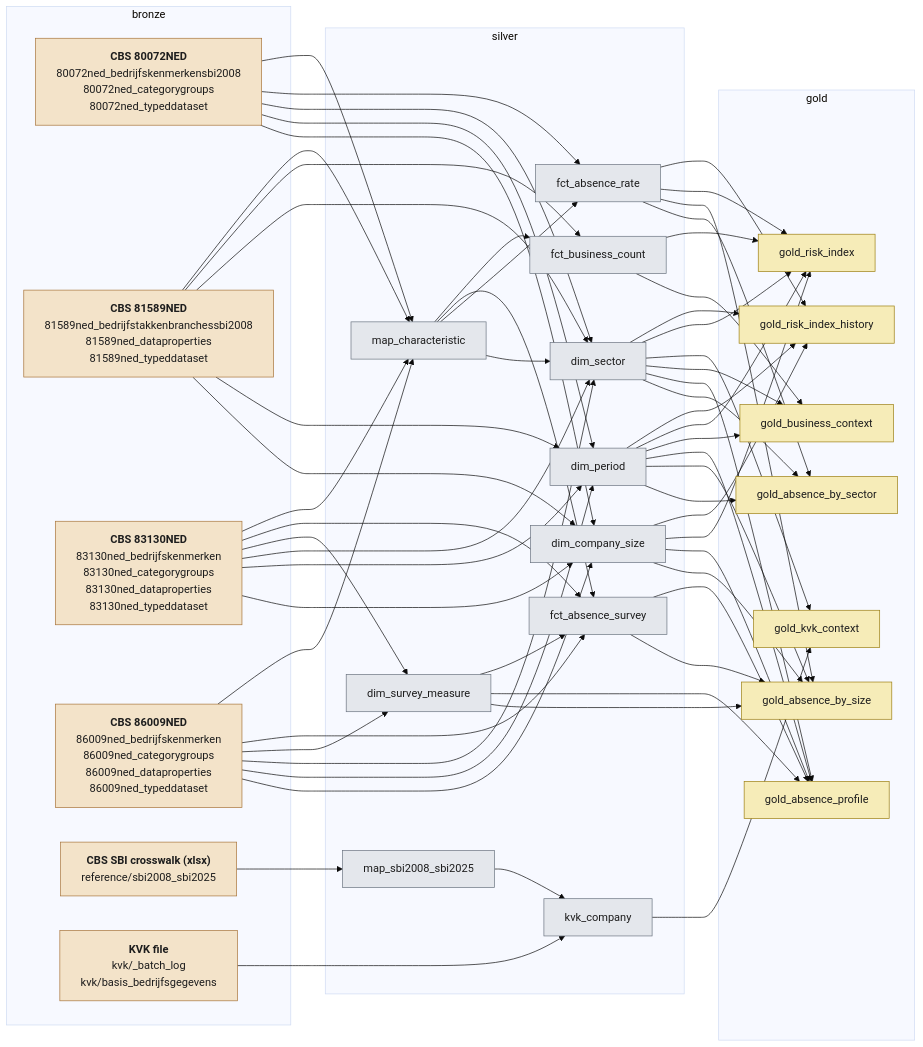
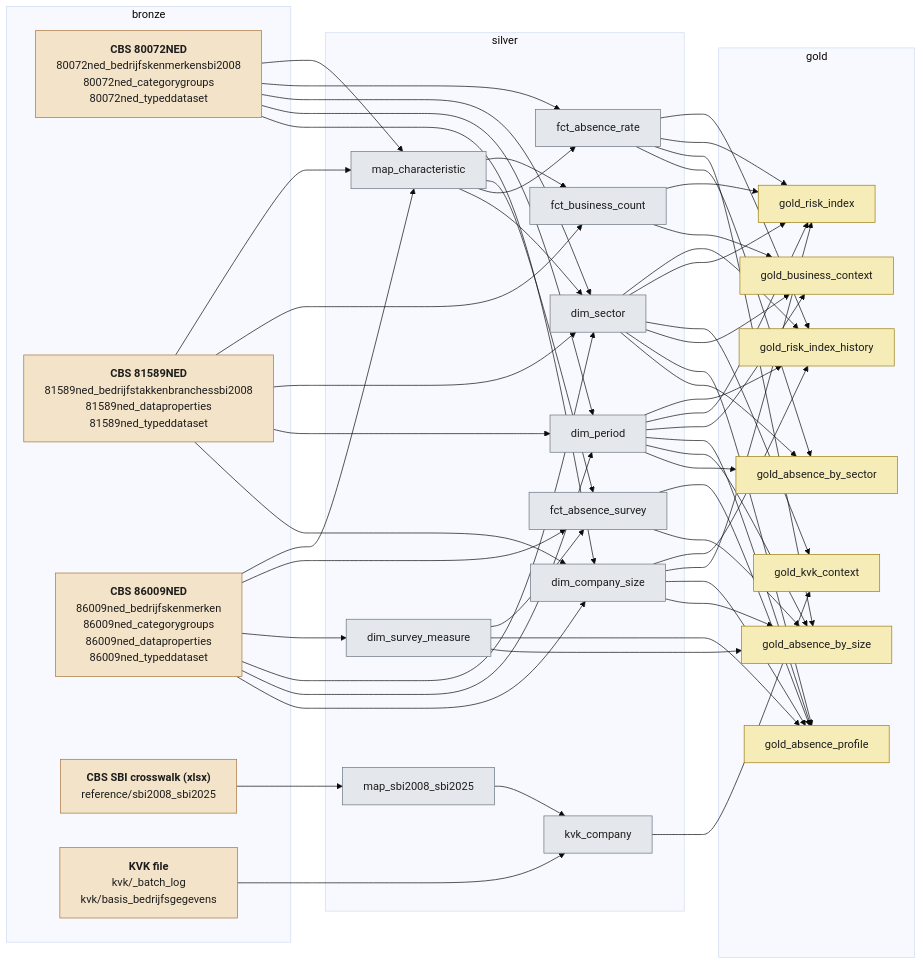
The first of 18 diagrams in docs/lineage.md (stefancodecommit/AOV_Lakehouse), drawn with Mermaid (base theme) before and after one commit. The commit also changed other lines of this file and 20 other files, not shown here.

First line of the commit message:
Remove CBS 83130NED: the old absence survey reached no gold table

```diff
--- a/docs/lineage.md
+++ b/docs/lineage.md
@@ -23,7 +23,6 @@
   subgraph bronze_layer["bronze"]
     n_source_CBS_80072NED["<b>CBS 80072NED</b><br/>80072ned_bedrijfskenmerkensbi2008<br/>80072ned_categorygroups<br/>80072ned_typeddataset"]:::bronze
     n_source_CBS_81589NED["<b>CBS 81589NED</b><br/>81589ned_bedrijfstakkenbranchessbi2008<br/>81589ned_dataproperties<br/>81589ned_typeddataset"]:::bronze
-    n_source_CBS_83130NED["<b>CBS 83130NED</b><br/>83130ned_bedrijfskenmerken<br/>83130ned_categorygroups<br/>83130ned_dataproperties<br/>83130ned_typeddataset"]:::bronze
     n_source_CBS_86009NED["<b>CBS 86009NED</b><br/>86009ned_bedrijfskenmerken<br/>86009ned_categorygroups<br/>86009ned_dataproperties<br/>86009ned_typeddataset"]:::bronze
     n_source_CBS_SBI_crosswalk__xlsx_["<b>CBS SBI crosswalk (xlsx)</b><br/>reference/sbi2008_sbi2025"]:::bronze
     n_source_KVK_file["<b>KVK file</b><br/>kvk/_batch_log<br/>kvk/basis_bedrijfsgegevens"]:::bronze
@@ -92,12 +91,6 @@
   n_source_CBS_81589NED --> n_silver_dim_sector
   n_source_CBS_81589NED --> n_silver_fct_business_count
   n_source_CBS_81589NED --> n_silver_map_characteristic
-  n_source_CBS_83130NED --> n_silver_dim_company_size
-  n_source_CBS_83130NED --> n_silver_dim_period
-  n_source_CBS_83130NED --> n_silver_dim_sector
-  n_source_CBS_83130NED --> n_silver_dim_survey_measure
-  n_source_CBS_83130NED --> n_silver_fct_absence_survey
-  n_source_CBS_83130NED --> n_silver_map_characteristic
   n_source_CBS_86009NED --> n_silver_dim_company_size
   n_source_CBS_86009NED --> n_silver_dim_period
   n_source_CBS_86009NED --> n_silver_dim_sector
```
